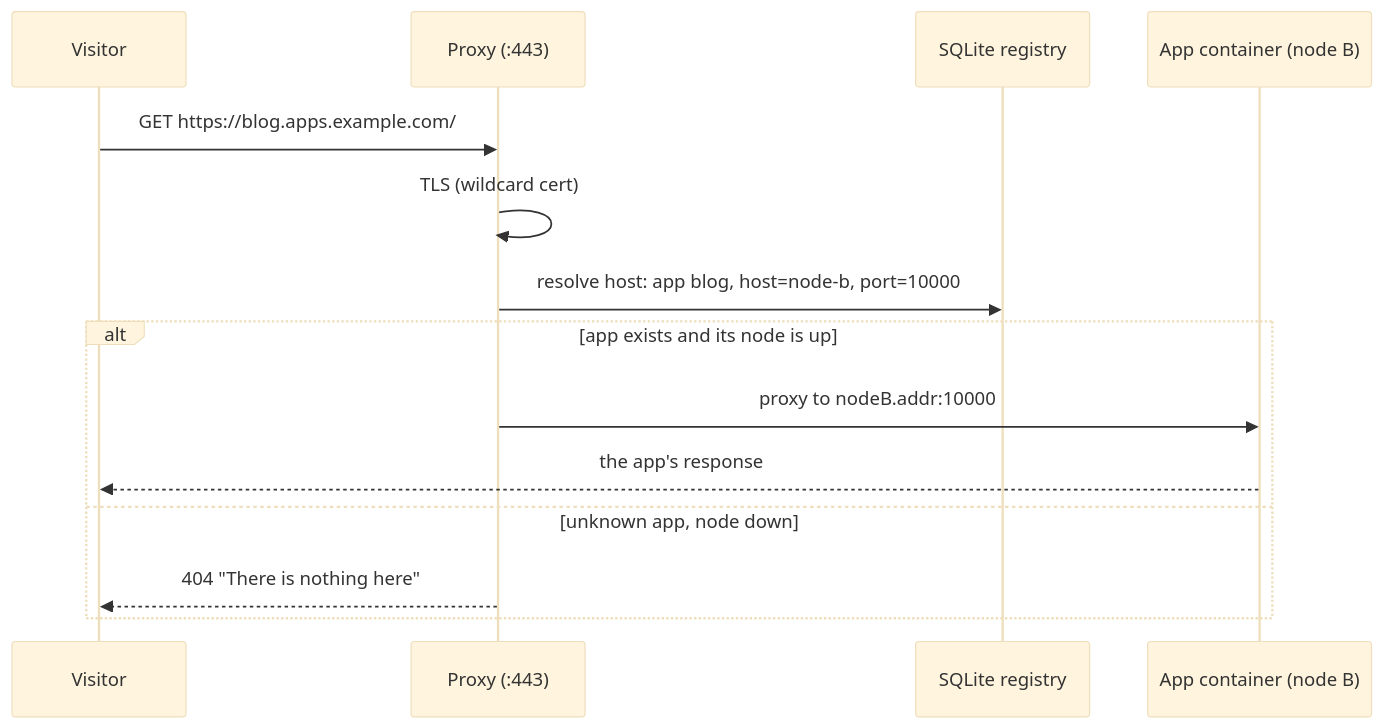
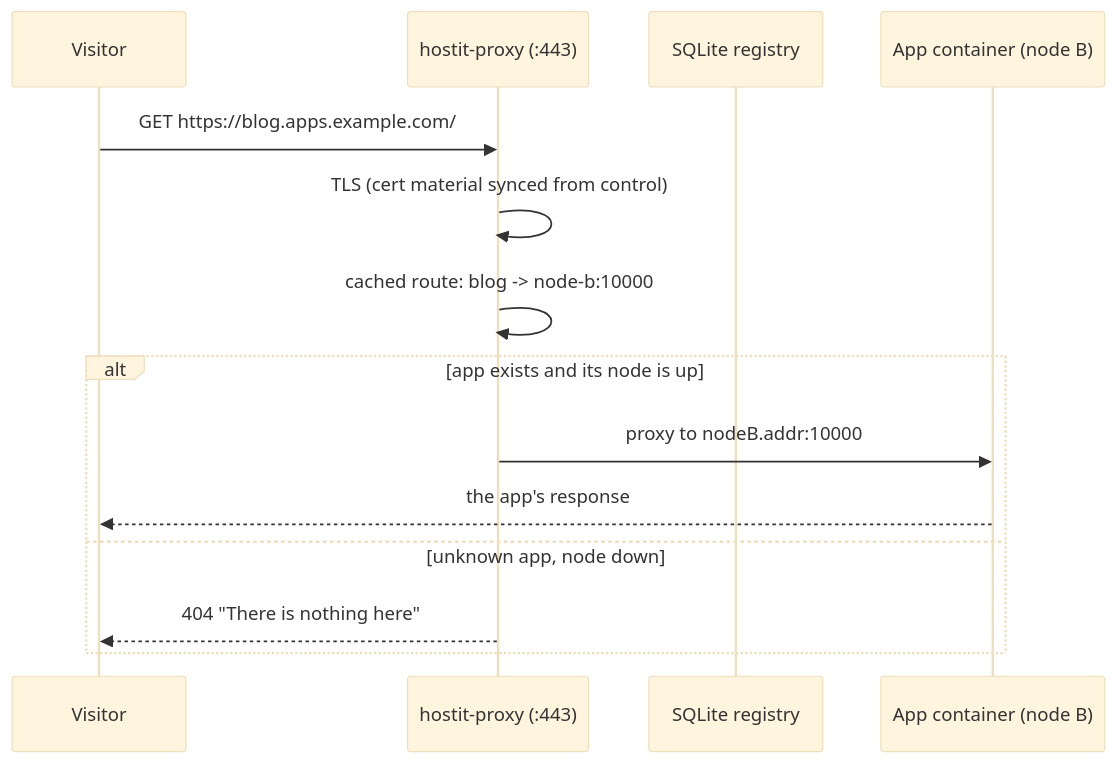
Before and after one commit to binwiederhier/hostit: the fourth of 7 diagrams in docs/slides/presentations/multinode.md, drawn with Mermaid (base theme). The commit also changed other lines of this file, not shown here.

First line of the commit message:
docs/slides: multi-node deck reflects the four-service split

````diff
--- a/docs/slides/presentations/multinode.md
+++ b/docs/slides/presentations/multinode.md
@@ -263,17 +281,17 @@
 ```mermaid {scale: 0.45}
 sequenceDiagram
     participant V as Visitor
-    participant P as Proxy (:443)
+    participant P as hostit-proxy (:443)
     participant S as SQLite registry
     participant A as App container (node B)
 
     V->>P: GET https://blog.apps.example.com/
-    P->>P: TLS (wildcard cert)
-    P->>S: resolve host: app blog, host=node-b, port=10000
+    P->>P: TLS (cert material synced from control)
+    P->>P: cached route: blog -> node-b:10000
     alt app exists and its node is up
         P->>A: proxy to nodeB.addr:10000
         A-->>V: the app's response
     else unknown app, node down
         P-->>V: 404 "There is nothing here"
     end
 ```
````
